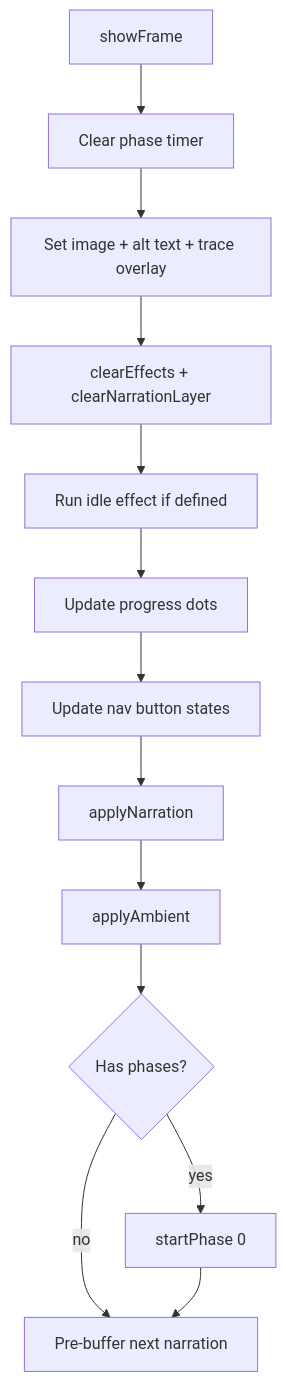
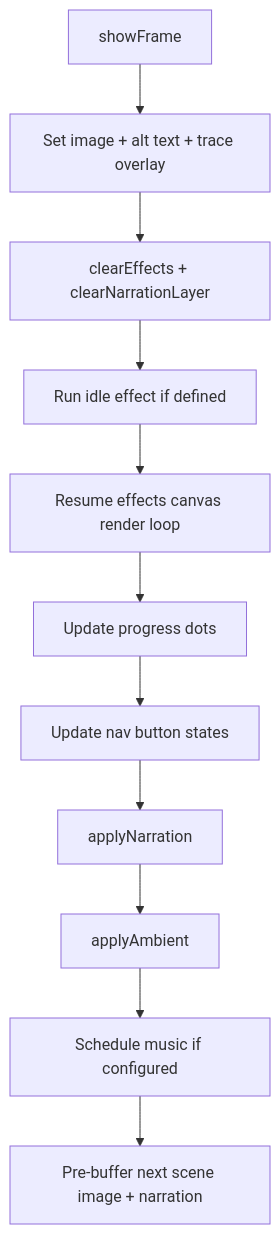
One commit to anchildress1/carbon-trace changed the third of 4 diagrams in docs/architecture.md. Above: the diagram before and after it, drawn with Mermaid. The commit also changed other lines of this file and 43 other files, not shown here.

First line of the commit message:
feat: canvas effects (#8)

````diff
--- a/docs/architecture.md
+++ b/docs/architecture.md
@@ -44,15 +46,13 @@
 ```mermaid
 flowchart TD
-    A[showFrame] --> B[Clear phase timer]
-    B --> C[Set image + alt text + trace overlay]
+    A[showFrame] --> C[Set image + alt text + trace overlay]
     C --> D[clearEffects + clearNarrationLayer]
     D --> E[Run idle effect if defined]
-    E --> F[Update progress dots]
+    E --> E2[Resume effects canvas render loop]
+    E2 --> F[Update progress dots]
     F --> G[Update nav button states]
     G --> H[applyNarration]
     H --> I[applyAmbient]
-    I --> J{Has phases?}
-    J -- yes --> K[startPhase 0]
-    J -- no --> L[Pre-buffer next narration]
-    K --> L
+    I --> J[Schedule music if configured]
+    J --> L[Pre-buffer next scene image + narration]
 ```
````
